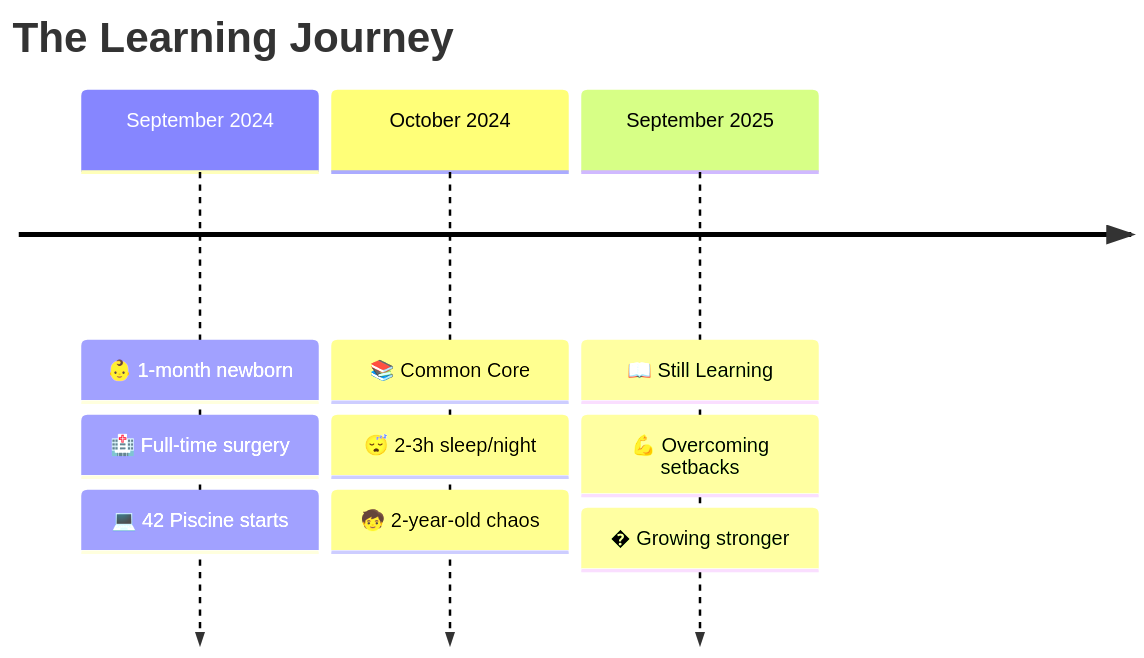
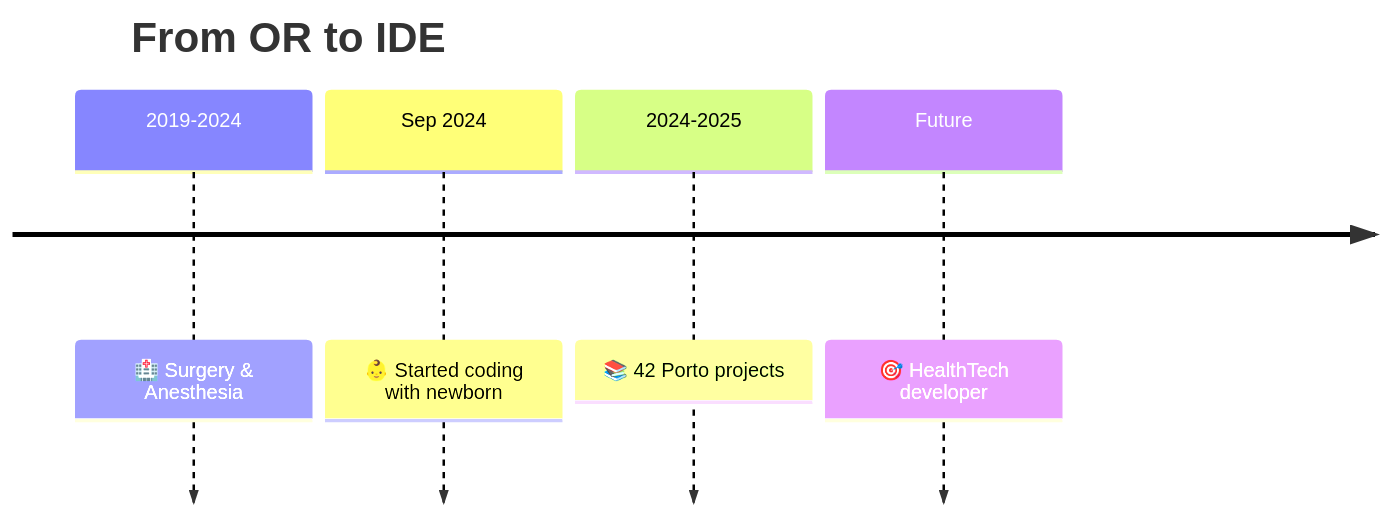
Before and after one commit to melaniereis/melaniereis: the diagram in README.md, drawn with Mermaid. The commit also changed other lines of this file, not shown here.

````diff
--- a/README.md
+++ b/README.md
@@ -29,7 +27,8 @@
 ```mermaid
 timeline
-    title The Learning Journey
-    September 2024 : 👶 1-month newborn : 🏥 Full-time surgery : 💻 42 Piscine starts
-    October 2024   : 📚 Common Core : 😴 2-3h sleep/night : 🧒 2-year-old chaos
-    September 2025 : 📖 Still Learning : 💪 Overcoming setbacks : � Growing stronger
+    title From OR to IDE
+    2019-2024 : 🏥 Surgery & Anesthesia
+    Sep 2024  : 👶 Started coding with newborn
+    2024-2025 : 📚 42 Porto projects
+    Future    : 🎯 HealthTech developer
 ```
````
